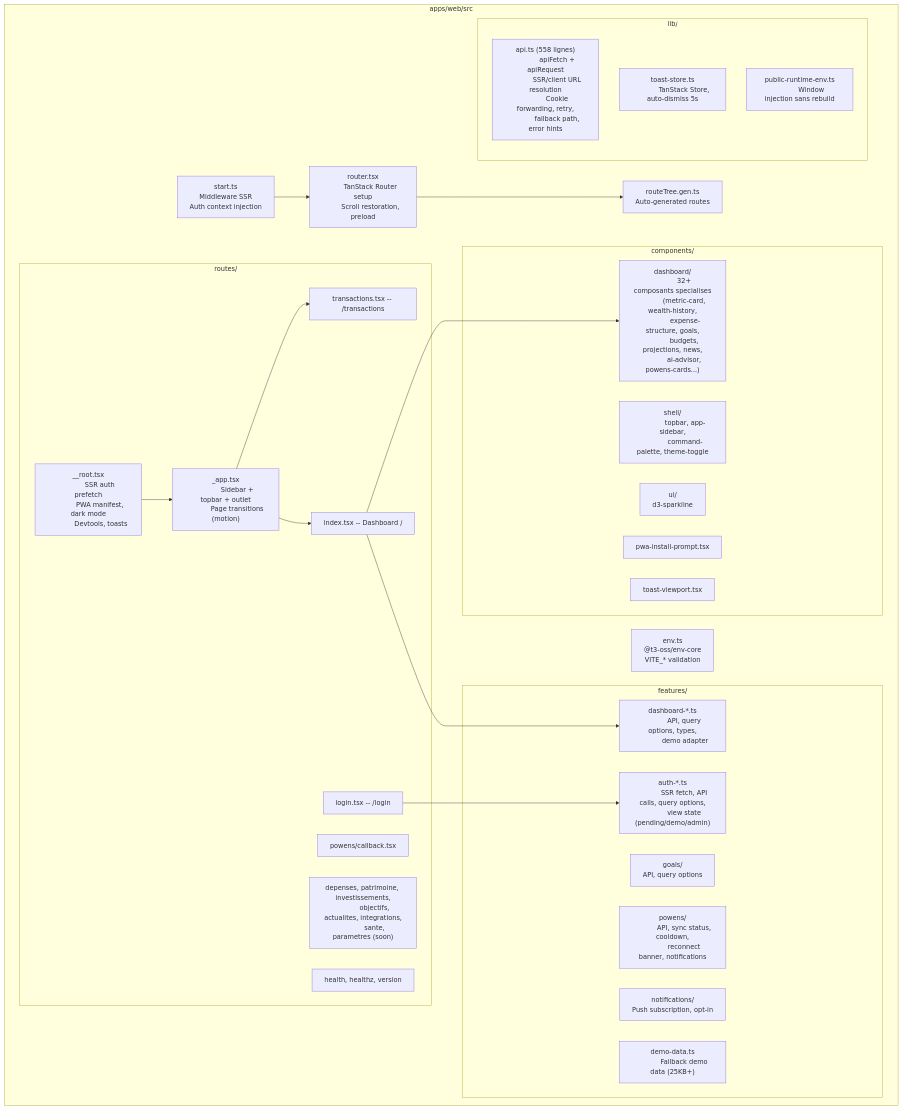
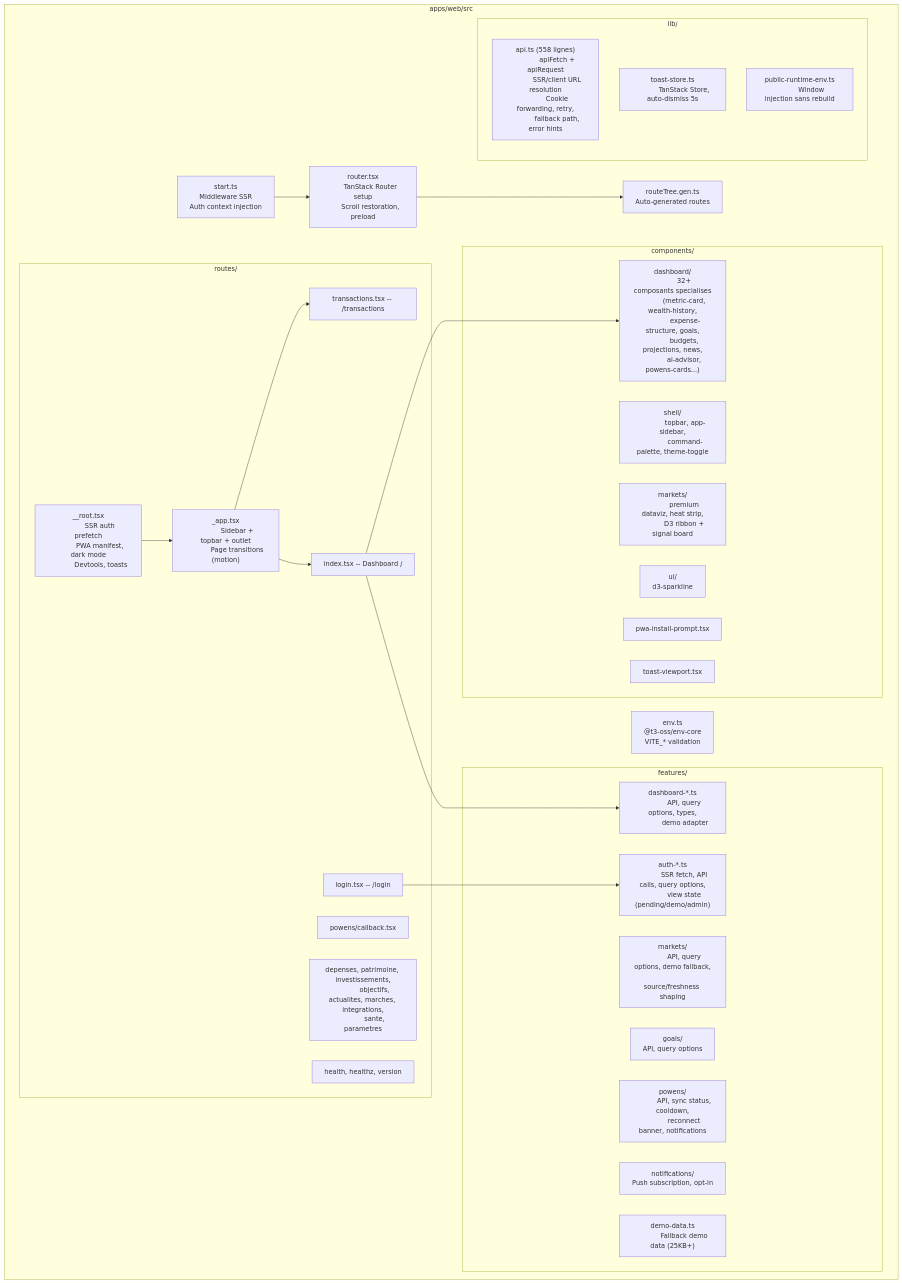
Before and after one commit to BigZoo92/finance-os: the second of 5 diagrams in docs/context/APP-ARCHITECTURES.md, drawn with Mermaid. The commit also changed other lines of this file and 68 other files, not shown here.

```diff
--- a/docs/context/APP-ARCHITECTURES.md
+++ b/docs/context/APP-ARCHITECTURES.md
@@ -82,8 +82,8 @@
             Login["login.tsx -- /login"]
             Callback["powens/callback.tsx"]
             Soon["depenses, patrimoine, investissements,
-            objectifs, actualites, integrations,
-            sante, parametres (soon)"]
+            objectifs, actualites, marches, integrations,
+            sante, parametres"]
             System["health, healthz, version"]
         end
 
@@ -94,6 +94,9 @@
             DashF["dashboard-*.ts
             API, query options, types,
             demo adapter"]
+            MarketsF["markets/
+            API, query options, demo fallback,
+            source/freshness shaping"]
             GoalsF["goals/
             API, query options"]
             PowensF["powens/
@@ -115,6 +118,9 @@
             expense-structure, goals,
             budgets, projections, news,
             ai-advisor, powens-cards...)"]
+            Markets["markets/
+            premium dataviz, heat strip,
+            D3 ribbon + signal board"]
             UILocal["ui/
             d3-sparkline"]
             PWA["pwa-install-prompt.tsx"]
```
